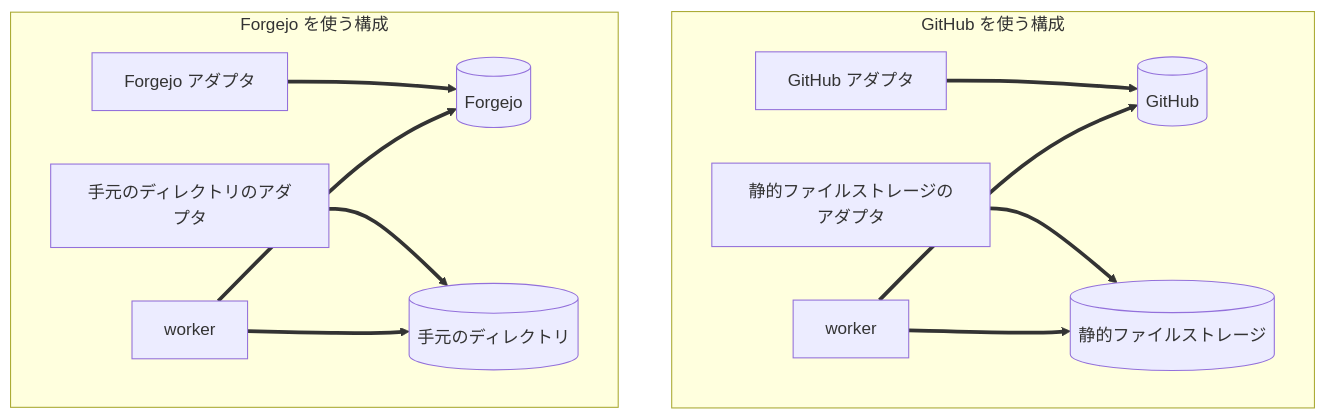
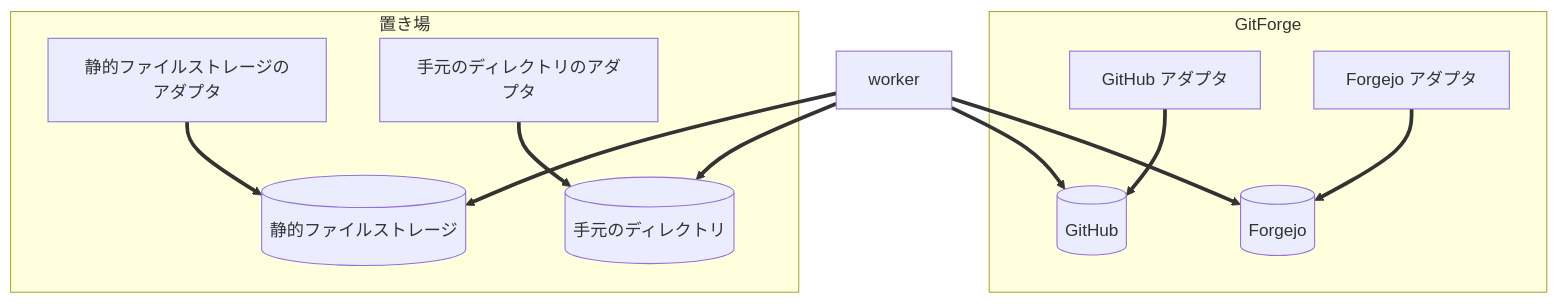
One commit to yamambainc/logiforge changed the diagram in design/adapters/README.md. Above: the diagram before and after it, drawn with Mermaid. The commit also changed other lines of this file and 48 other files, not shown here.

Commit message:
design: single GitHub App, settings in a DB, WebUI setup and settings

````diff
--- a/design/adapters/README.md
+++ b/design/adapters/README.md
@@ -38,15 +39,15 @@
 ```mermaid
 flowchart TB
-  subgraph G["GitHub を使う構成"]
-    G2["GitHub アダプタ"] ==> GH[("GitHub")]
-    G3["静的ファイルストレージのアダプタ"] ==> OBJ[("静的ファイルストレージ")]
-    GW["worker"] ==> GH
-    GW ==> OBJ
+  subgraph F["GitForge"]
+    GA["GitHub アダプタ"] ==> GH[("GitHub")]
+    FA["Forgejo アダプタ"] ==> FJ[("Forgejo")]
   end
-  subgraph N["Forgejo を使う構成"]
-    N2["Forgejo アダプタ"] ==> NF[("Forgejo")]
-    N3["手元のディレクトリのアダプタ"] ==> DIR[("手元のディレクトリ")]
-    NW["worker"] ==> NF
-    NW ==> DIR
+  subgraph S["置き場"]
+    SA["静的ファイルストレージのアダプタ"] ==> OBJ[("静的ファイルストレージ")]
+    DA["手元のディレクトリのアダプタ"] ==> DIR[("手元のディレクトリ")]
   end
+  W["worker"] ==> GH
+  W ==> FJ
+  W ==> OBJ
+  W ==> DIR
 ```
````
